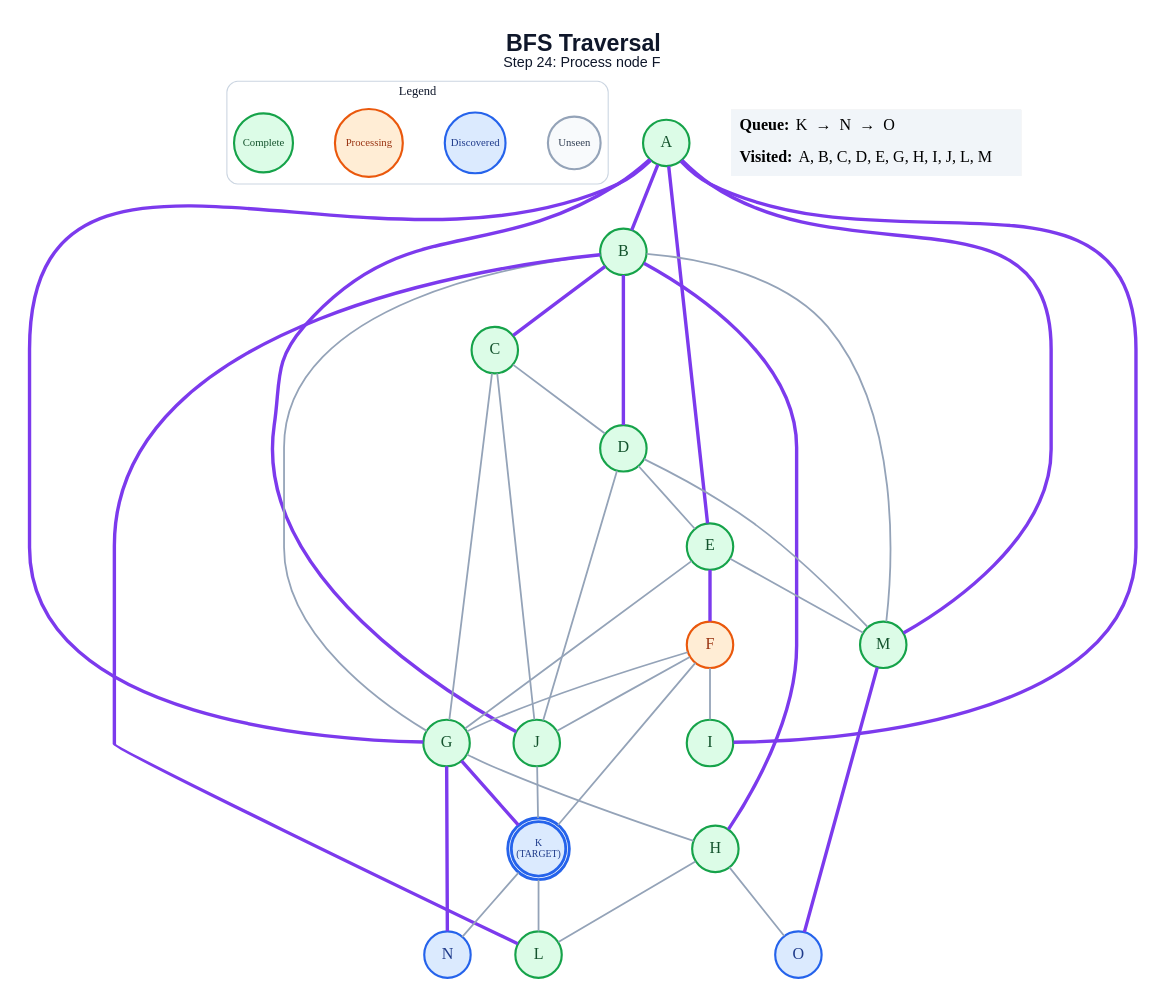
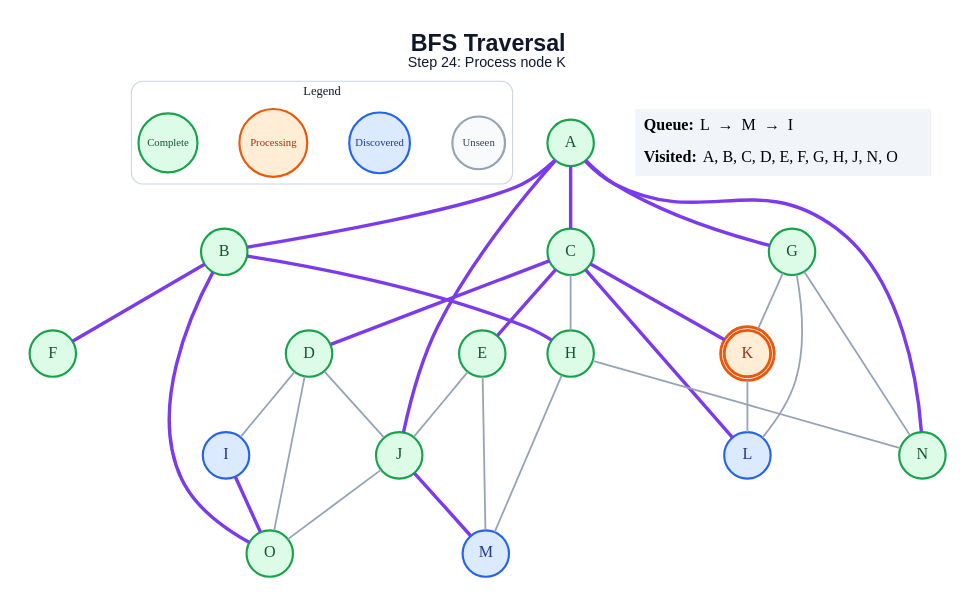
One commit to anon7238593-create/ai-slop changed the diagram in generated/bfs/step_24.dot. Above: the diagram before and after it, drawn with Graphviz. The commit also changed 282 other files, not shown here.

```diff
--- a/generated/bfs/step_24.dot
+++ b/generated/bfs/step_24.dot
@@ -1,68 +1,61 @@
 graph traversal {
   graph [layout=dot, rankdir=TB, bgcolor="#FFFFFF", pad="0.35", nodesep="0.65", ranksep="0.8", fontname="Arial"];
   node [shape=circle, style="filled", fontname="Arial Bold", fontsize=18, width=0.72, fixedsize=true, penwidth=2.4];
   edge [color="#94A3B8", penwidth=2.0];
-  label=<<B>BFS Traversal</B><BR/><FONT POINT-SIZE="16">Step 24: Process node F</FONT>>; labelloc="t"; fontsize=26; fontname="Arial"; fontcolor="#0F172A";
+  label=<<B>BFS Traversal</B><BR/><FONT POINT-SIZE="16">Step 24: Process node K</FONT>>; labelloc="t"; fontsize=26; fontname="Arial"; fontcolor="#0F172A";
   subgraph cluster_legend { label="Legend"; color="#CBD5E1"; penwidth=1.2; style="rounded"; fontsize=14; fontname="Arial Bold";
     key_unseen [label="Unseen", fillcolor="#F8FAFC", color="#94A3B8", fontcolor="#334155", fontsize=12, width=0.82];
     key_frontier [label="Discovered", fillcolor="#DBEAFE", color="#2563EB", fontcolor="#1E3A8A", fontsize=12, width=0.95];
     key_current [label="Processing", fillcolor="#FFEDD5", color="#EA580C", fontcolor="#9A3412", fontsize=12, width=1.05];
     key_done [label="Complete", fillcolor="#DCFCE7", color="#16A34A", fontcolor="#14532D", fontsize=12, width=0.92];
     { rank=same; key_unseen; key_frontier; key_current; key_done; }
   }
   A [label="A", fillcolor="#DCFCE7", color="#16A34A", fontcolor="#14532D", peripheries=1, penwidth=2.4];
   B [label="B", fillcolor="#DCFCE7", color="#16A34A", fontcolor="#14532D", peripheries=1, penwidth=2.4];
   C [label="C", fillcolor="#DCFCE7", color="#16A34A", fontcolor="#14532D", peripheries=1, penwidth=2.4];
   D [label="D", fillcolor="#DCFCE7", color="#16A34A", fontcolor="#14532D", peripheries=1, penwidth=2.4];
   E [label="E", fillcolor="#DCFCE7", color="#16A34A", fontcolor="#14532D", peripheries=1, penwidth=2.4];
-  F [label="F", fillcolor="#FFEDD5", color="#EA580C", fontcolor="#9A3412", peripheries=1, penwidth=2.4];
+  F [label="F", fillcolor="#DCFCE7", color="#16A34A", fontcolor="#14532D", peripheries=1, penwidth=2.4];
   G [label="G", fillcolor="#DCFCE7", color="#16A34A", fontcolor="#14532D", peripheries=1, penwidth=2.4];
   H [label="H", fillcolor="#DCFCE7", color="#16A34A", fontcolor="#14532D", peripheries=1, penwidth=2.4];
-  I [label="I", fillcolor="#DCFCE7", color="#16A34A", fontcolor="#14532D", peripheries=1, penwidth=2.4];
+  I [label="I", fillcolor="#DBEAFE", color="#2563EB", fontcolor="#1E3A8A", peripheries=1, penwidth=2.4];
   J [label="J", fillcolor="#DCFCE7", color="#16A34A", fontcolor="#14532D", peripheries=1, penwidth=2.4];
-  K [label="K\n(TARGET)", fillcolor="#DBEAFE", color="#2563EB", fontcolor="#1E3A8A", peripheries=2, penwidth=3.2, fontsize=11, width=0.85, height=0.85];
-  L [label="L", fillcolor="#DCFCE7", color="#16A34A", fontcolor="#14532D", peripheries=1, penwidth=2.4];
-  M [label="M", fillcolor="#DCFCE7", color="#16A34A", fontcolor="#14532D", peripheries=1, penwidth=2.4];
-  N [label="N", fillcolor="#DBEAFE", color="#2563EB", fontcolor="#1E3A8A", peripheries=1, penwidth=2.4];
-  O [label="O", fillcolor="#DBEAFE", color="#2563EB", fontcolor="#1E3A8A", peripheries=1, penwidth=2.4];
+  K [label="K", fillcolor="#FFEDD5", color="#EA580C", fontcolor="#9A3412", peripheries=2, penwidth=3.2];
+  L [label="L", fillcolor="#DBEAFE", color="#2563EB", fontcolor="#1E3A8A", peripheries=1, penwidth=2.4];
+  M [label="M", fillcolor="#DBEAFE", color="#2563EB", fontcolor="#1E3A8A", peripheries=1, penwidth=2.4];
+  N [label="N", fillcolor="#DCFCE7", color="#16A34A", fontcolor="#14532D", peripheries=1, penwidth=2.4];
+  O [label="O", fillcolor="#DCFCE7", color="#16A34A", fontcolor="#14532D", peripheries=1, penwidth=2.4];
   A -- B [color="#7C3AED", penwidth=3.8];
-  A -- E [color="#7C3AED", penwidth=3.8];
+  A -- C [color="#7C3AED", penwidth=3.8];
   A -- G [color="#7C3AED", penwidth=3.8];
-  A -- I [color="#7C3AED", penwidth=3.8];
   A -- J [color="#7C3AED", penwidth=3.8];
-  A -- M [color="#7C3AED", penwidth=3.8];
-  B -- C [color="#7C3AED", penwidth=3.8];
-  B -- D [color="#7C3AED", penwidth=3.8];
-  B -- G;
+  A -- N [color="#7C3AED", penwidth=3.8];
+  B -- F [color="#7C3AED", penwidth=3.8];
   B -- H [color="#7C3AED", penwidth=3.8];
-  B -- L [color="#7C3AED", penwidth=3.8];
-  B -- M;
-  C -- D;
-  C -- G;
-  C -- J;
-  D -- E;
+  B -- O [color="#7C3AED", penwidth=3.8];
+  C -- D [color="#7C3AED", penwidth=3.8];
+  C -- E [color="#7C3AED", penwidth=3.8];
+  C -- H;
+  C -- K [color="#7C3AED", penwidth=3.8];
+  C -- L [color="#7C3AED", penwidth=3.8];
+  D -- I;
   D -- J;
-  D -- M;
-  E -- F [color="#7C3AED", penwidth=3.8];
-  E -- G;
+  D -- O;
+  E -- J;
   E -- M;
-  F -- G;
-  F -- I;
-  F -- J;
-  F -- K;
-  G -- H;
-  G -- K [color="#7C3AED", penwidth=3.8];
-  G -- N [color="#7C3AED", penwidth=3.8];
-  H -- L;
-  H -- O;
-  J -- K;
+  G -- K;
+  G -- L;
+  G -- N;
+  H -- M;
+  H -- N;
+  I -- O [color="#7C3AED", penwidth=3.8];
+  J -- M [color="#7C3AED", penwidth=3.8];
+  J -- O;
   K -- L;
-  K -- N;
-  M -- O [color="#7C3AED", penwidth=3.8];
   status [shape=plain, fixedsize=false, width=0, height=0, margin=0, label=<
     <TABLE BORDER="0" CELLBORDER="0" CELLPADDING="7" BGCOLOR="#F1F5F9">
-      <TR><TD ALIGN="LEFT"><B>Queue:</B> K  →  N  →  O</TD></TR>
-      <TR><TD ALIGN="LEFT"><B>Visited:</B> A, B, C, D, E, G, H, I, J, L, M</TD></TR>
+      <TR><TD ALIGN="LEFT"><B>Queue:</B> L  →  M  →  I</TD></TR>
+      <TR><TD ALIGN="LEFT"><B>Visited:</B> A, B, C, D, E, F, G, H, J, N, O</TD></TR>
     </TABLE>
   >];
 }
```
